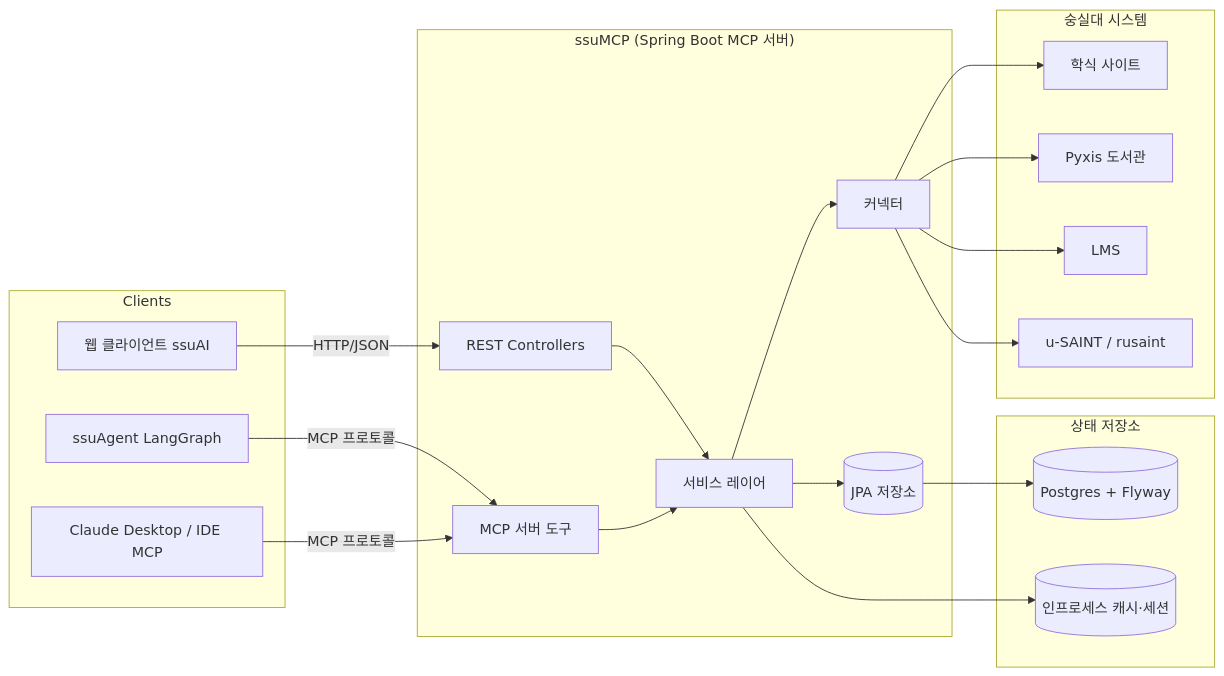
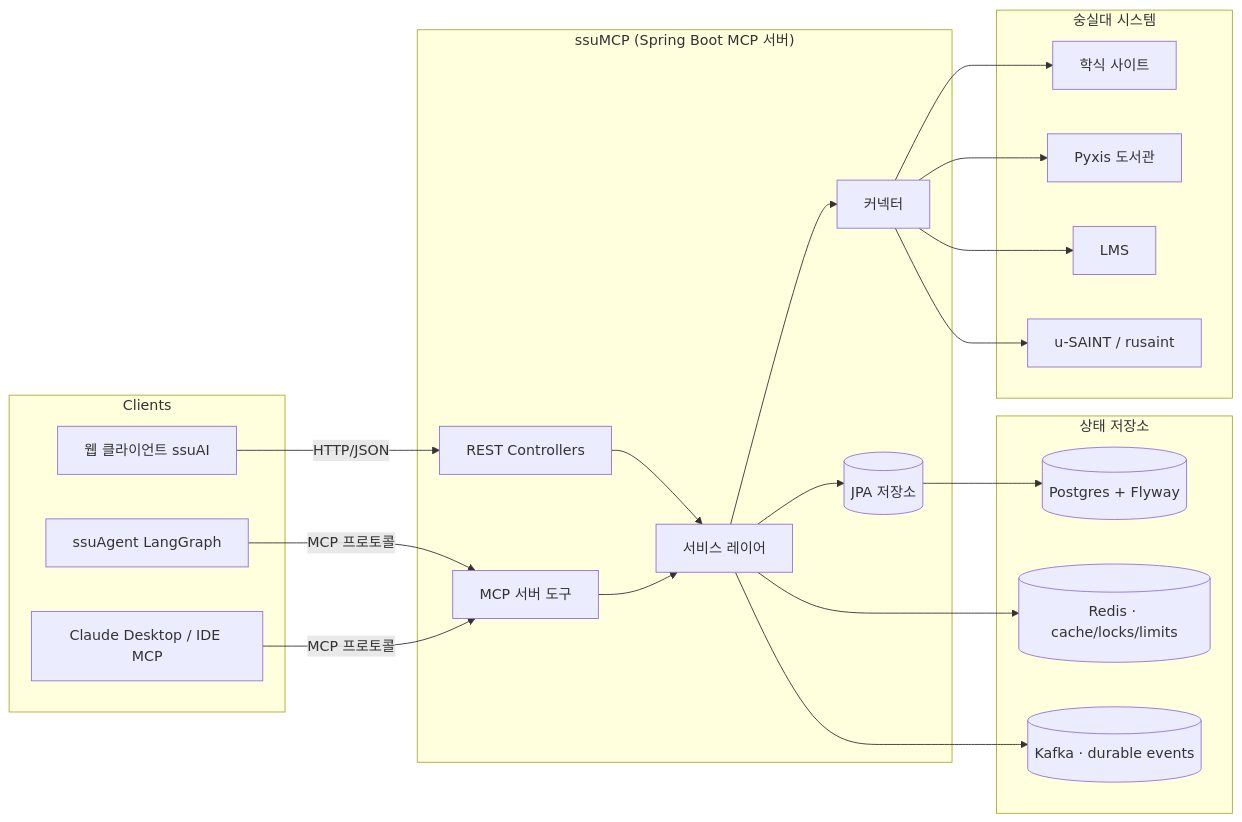
The second of 3 diagrams in docs/architecture.md (hoeongj/ssuMCP), drawn with Mermaid before and after one commit. The commit also changed other lines of this file and 4 other files, not shown here.

Commit message:
docs: add architecture diagram

````diff
--- a/docs/architecture.md
+++ b/docs/architecture.md
@@ -101,42 +111,44 @@
 ```mermaid
 flowchart LR
     subgraph Clients
         U1[웹 클라이언트 ssuAI]
         U2[ssuAgent LangGraph]
         U3[Claude Desktop / IDE MCP]
     end
 
     subgraph ssuMCP["ssuMCP (Spring Boot MCP 서버)"]
         REST[REST Controllers]
         MCP[MCP 서버 도구]
         SVC[서비스 레이어]
         REPO[(JPA 저장소)]
         CONN[커넥터]
     end
 
     subgraph LocalState["상태 저장소"]
         DB[(Postgres + Flyway)]
-        MEM[(인프로세스 캐시·세션)]
+        REDIS[(Redis · cache/locks/limits)]
+        KAFKA[(Kafka · durable events)]
     end
 
     subgraph School["숭실대 시스템"]
         MEAL[학식 사이트]
         LIB[Pyxis 도서관]
         LMS[LMS]
         USAINT[u-SAINT / rusaint]
     end
 
     U1 -->|HTTP/JSON| REST
     U2 -->|MCP 프로토콜| MCP
     U3 -->|MCP 프로토콜| MCP
     REST --> SVC
     MCP --> SVC
     SVC --> REPO
     SVC --> CONN
     REPO --> DB
-    SVC --> MEM
+    SVC --> REDIS
+    SVC --> KAFKA
     CONN --> MEAL
     CONN --> LIB
     CONN --> LMS
     CONN --> USAINT
 ```
````
